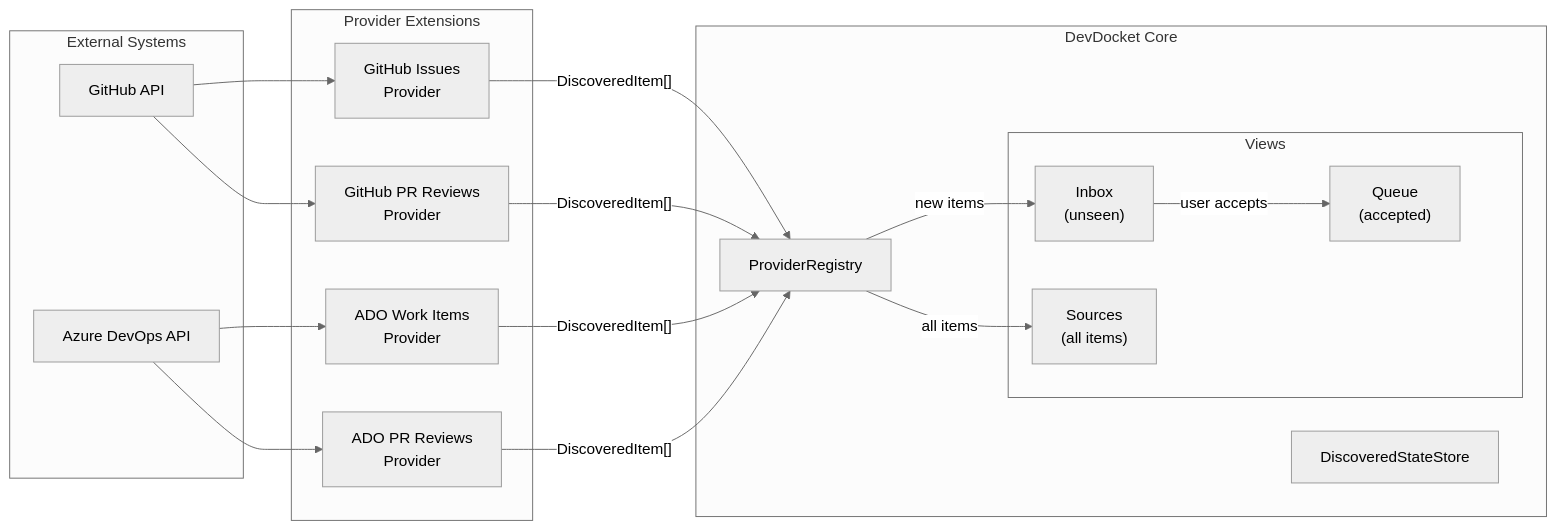
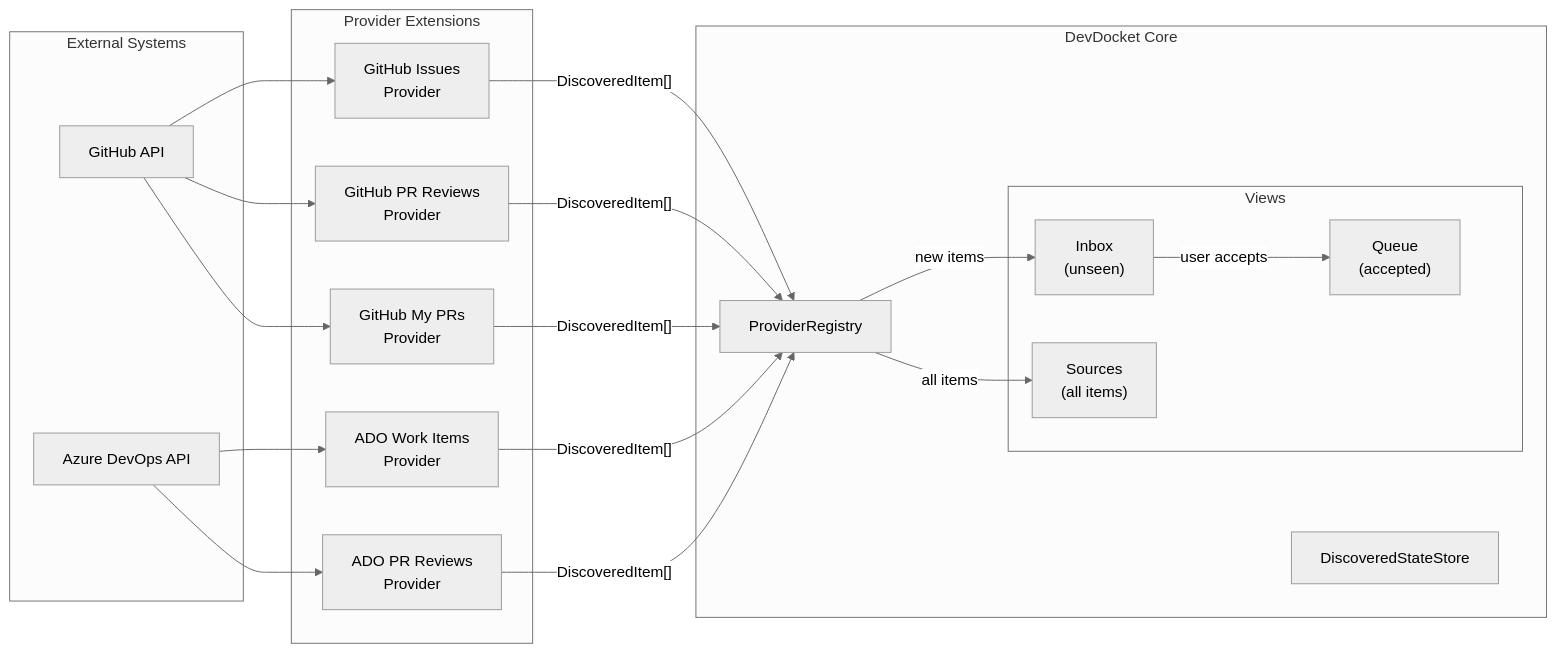
One commit to devdocket/devdocket changed the first of 5 diagrams in docs/provider-discovery.md. Above: the diagram before and after it, drawn with Mermaid (neutral theme). The commit also changed other lines of this file, not shown here.

First line of the commit message:
docs: add GitHub My PRs provider to discovery documentation

````diff
--- a/docs/provider-discovery.md
+++ b/docs/provider-discovery.md
@@ -24,38 +25,41 @@
 ```mermaid
 flowchart LR
     subgraph External["External Systems"]
         GH["GitHub API"]
         ADO["Azure DevOps API"]
     end
 
     subgraph Providers["Provider Extensions"]
         GHI["GitHub Issues\nProvider"]
         GHPR["GitHub PR Reviews\nProvider"]
+        GHMY["GitHub My PRs\nProvider"]
         ADOWI["ADO Work Items\nProvider"]
         ADOPR["ADO PR Reviews\nProvider"]
     end
 
     subgraph Core["DevDocket Core"]
         PR["ProviderRegistry"]
         SS["DiscoveredStateStore"]
         subgraph Views
             Inbox["Inbox\n(unseen)"]
             Sources["Sources\n(all items)"]
             Queue["Queue\n(accepted)"]
         end
     end
 
     GH --> GHI
     GH --> GHPR
+    GH --> GHMY
     ADO --> ADOWI
     ADO --> ADOPR
 
     GHI -- "DiscoveredItem[]" --> PR
     GHPR -- "DiscoveredItem[]" --> PR
+    GHMY -- "DiscoveredItem[]" --> PR
     ADOWI -- "DiscoveredItem[]" --> PR
     ADOPR -- "DiscoveredItem[]" --> PR
 
     PR -- "new items" --> Inbox
     PR -- "all items" --> Sources
     Inbox -- "user accepts" --> Queue
 ```
````
